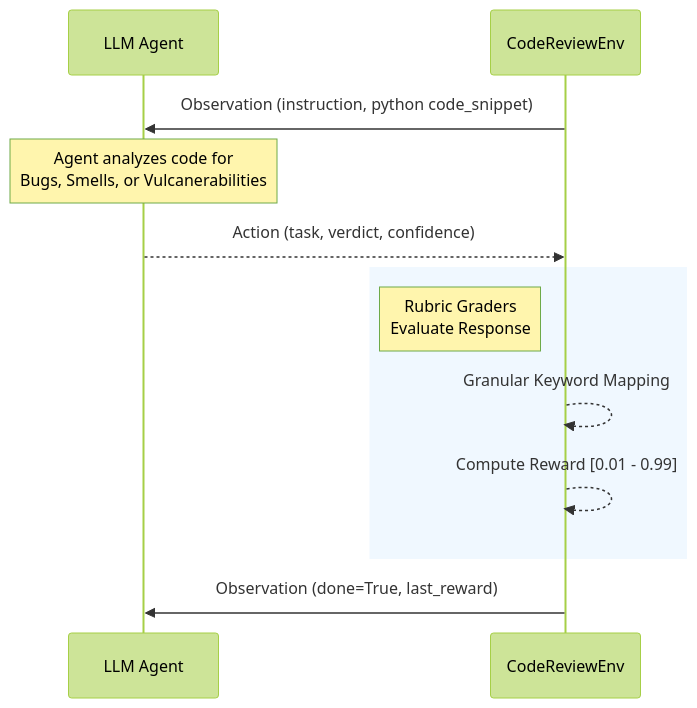
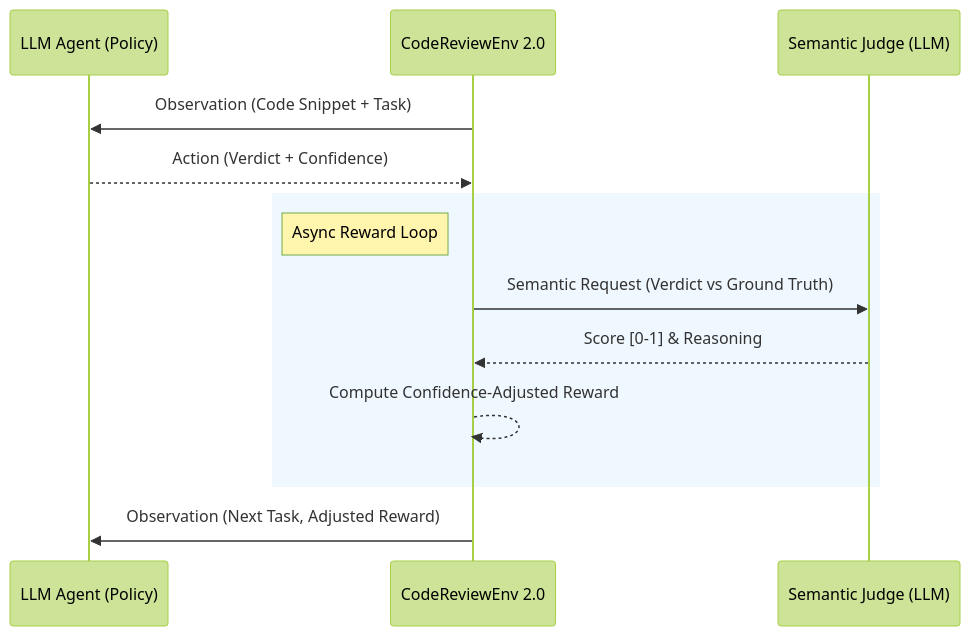
The diagram in README.md (mahesh-mettireddy/AIGym-CodeReviewEnv), drawn with Mermaid (forest theme) before and after one commit. The commit also changed other lines of this file and 9 other files, not shown here.

Commit message:
🚀 CodeReviewEnv 2.0: Massive Scale, Semantic Judging, and RL Training Harness

````diff
--- a/README.md
+++ b/README.md
@@ -35,17 +21,18 @@
 ```mermaid
 sequenceDiagram
-    participant Agent as LLM Agent
-    participant Env as CodeReviewEnv
+    participant Agent as LLM Agent (Policy)
+    participant Env as CodeReviewEnv 2.0
+    participant Judge as Semantic Judge (LLM)
     
-    Env->>Agent: Observation (instruction, python code_snippet)
-    Note over Agent: Agent analyzes code for<br>Bugs, Smells, or Vulcanerabilities
-    Agent-->>Env: Action (task, verdict, confidence)
+    Env->>Agent: Observation (Code Snippet + Task)
+    Agent-->>Env: Action (Verdict + Confidence)
     
     rect rgb(240, 248, 255)
-        Note left of Env: Rubric Graders<br>Evaluate Response
-        Env-->>Env: Granular Keyword Mapping
-        Env-->>Env: Compute Reward [0.01 - 0.99]
+        Note left of Env: Async Reward Loop
+        Env->>Judge: Semantic Request (Verdict vs Ground Truth)
+        Judge-->>Env: Score [0-1] & Reasoning
+        Env-->>Env: Compute Confidence-Adjusted Reward
     end
     
-    Env->>Agent: Observation (done=True, last_reward)
+    Env->>Agent: Observation (Next Task, Adjusted Reward)
 ```
````
